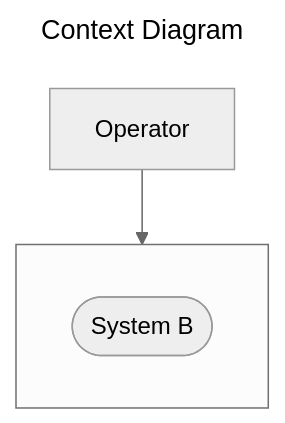
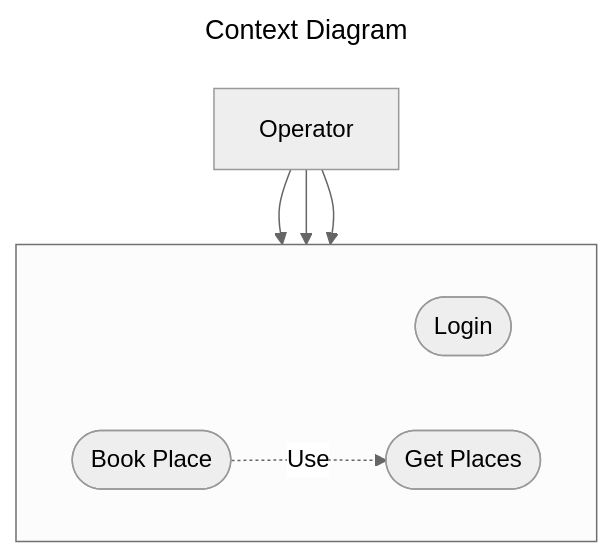
The third of 3 diagrams in mermaid_elements.md (Kuziomkin/diagrams), drawn with Mermaid before and after one commit.

````diff
--- a/mermaid_elements.md
+++ b/mermaid_elements.md
@@ -50,21 +50,25 @@
 ```mermaid
 ---
 title: Context Diagram
 config:
   layout: dagre
   look: classic
   theme: neutral
 ---
     flowchart TD
         %% define components
         O[Operator]
 
         subgraph " "
             direction LR
-            B([System B])
+            L([Login])
+            G([Get Places])
+            B([Book Place])
         end
 
         %% define relationships
+        O --> L
+        O --> G
         O --> B
-
+        B -.Use.-> G
 ```
````
